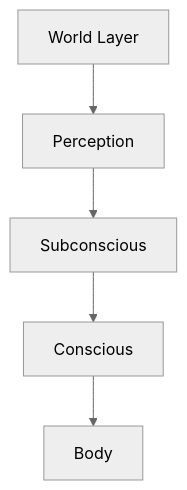
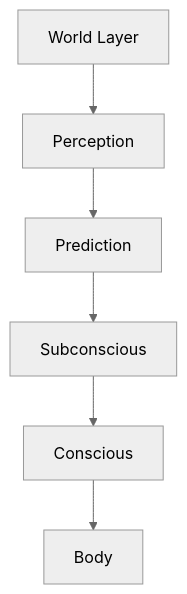
The diagram in blueprints/SYSTEM_MAP.md (HackzByFatz/I_AM_AI), drawn with Mermaid (neutral theme) before and after one commit. The commit also changed 1 other file, not shown here.

Commit message:
feat(blueprints): add initial V1 and system map with diagrams

````diff
--- a/blueprints/SYSTEM_MAP.md
+++ b/blueprints/SYSTEM_MAP.md
@@ -3,7 +3,8 @@
 ```mermaid
 graph TD
     World[World Layer] --> Perception
-    Perception --> Subconscious
+    Perception --> Prediction
+    Prediction --> Subconscious
     Subconscious --> Conscious
     Conscious --> Body
 ```
````
